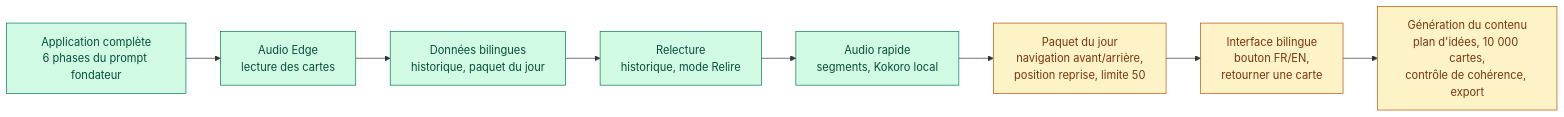
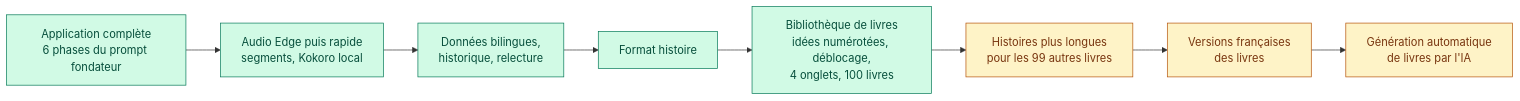
Before and after one commit to sami136kwe/deepstatsh: diagram 11 of 13 in docs/DOCUMENTATION.md, drawn with Mermaid. The commit also changed other lines of this file and 1 other file, not shown here.

````diff
--- a/docs/DOCUMENTATION.md
+++ b/docs/DOCUMENTATION.md
@@ -565,13 +666,13 @@
 ```mermaid
 flowchart LR
-    P0["Application complète<br/>6 phases du prompt fondateur"]:::done --> P1["Audio Edge<br/>lecture des cartes"]:::done
-    P1 --> P2["Données bilingues<br/>historique, paquet du jour"]:::done
-    P2 --> P3["Relecture<br/>historique, mode Relire"]:::done
-    P3 --> P4["Audio rapide<br/>segments, Kokoro local"]:::done
-    P4 --> P5["Paquet du jour<br/>navigation avant/arrière,<br/>position reprise, limite 50"]:::todo
-    P5 --> P6["Interface bilingue<br/>bouton FR/EN,<br/>retourner une carte"]:::todo
-    P6 --> P7["Génération du contenu<br/>plan d'idées, 10 000 cartes,<br/>contrôle de cohérence, export"]:::todo
+    P0["Application complète<br/>6 phases du prompt fondateur"]:::done --> P1["Audio Edge puis rapide<br/>segments, Kokoro local"]:::done
+    P1 --> P2["Données bilingues,<br/>historique, relecture"]:::done
+    P2 --> P3["Format histoire"]:::done
+    P3 --> P4["Bibliothèque de livres<br/>idées numérotées, déblocage,<br/>4 onglets, 100 livres"]:::done
+    P4 --> P5["Histoires plus longues<br/>pour les 99 autres livres"]:::todo
+    P5 --> P6["Versions françaises<br/>des livres"]:::todo
+    P6 --> P7["Génération automatique<br/>de livres par l'IA"]:::todo
 
     classDef done fill:#d1fae5,stroke:#047857,color:#064e3b
     classDef todo fill:#fef3c7,stroke:#b45309,color:#78350f
 ```
````
